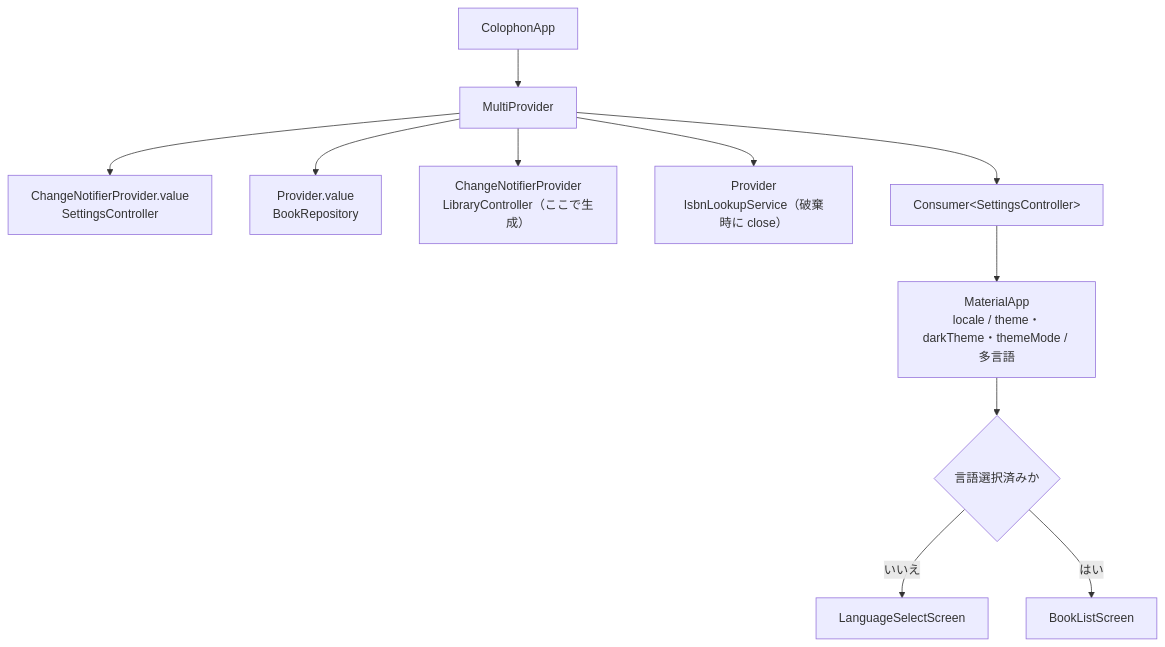
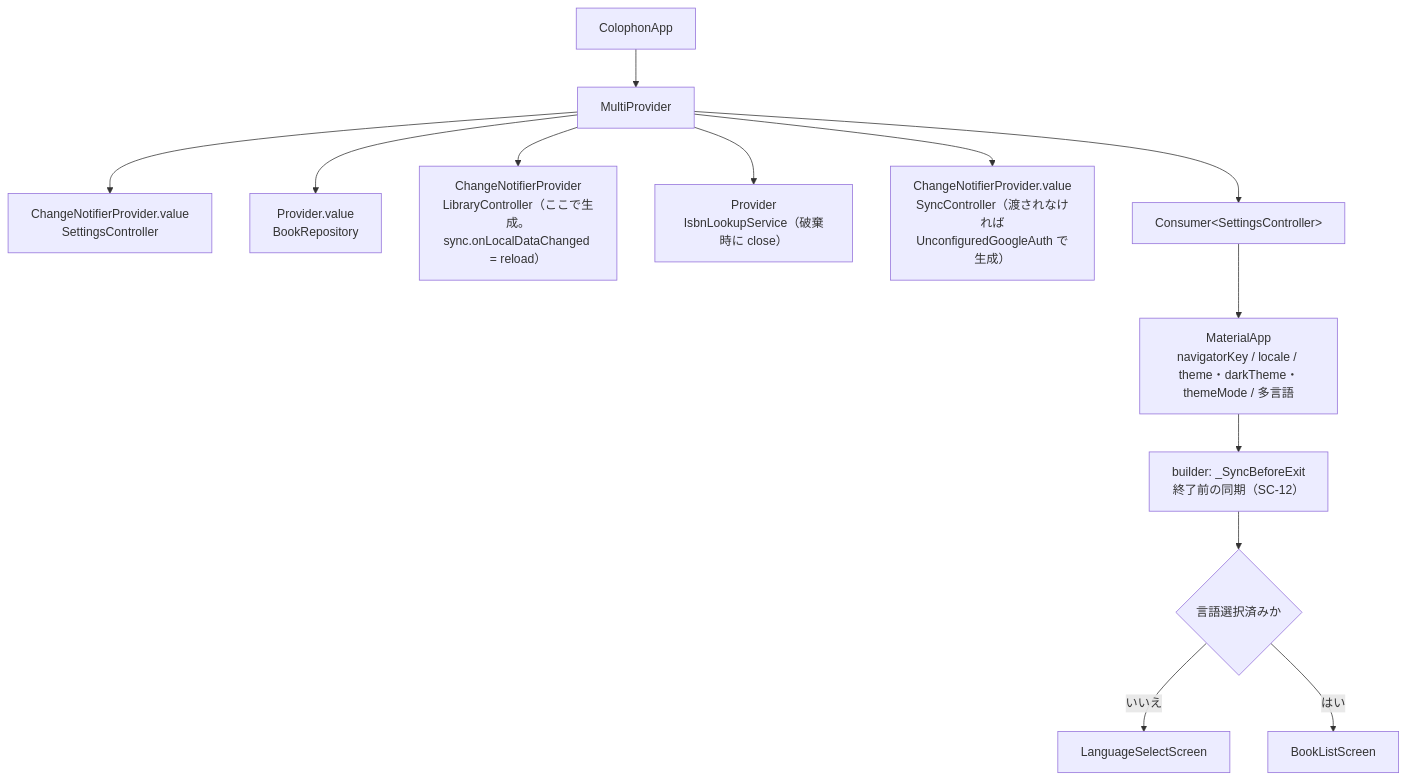
The fifth of 13 diagrams in docs/design/detail-design.ja.md (colophonbooks/colophon), drawn with Mermaid before and after one commit. The commit also changed other lines of this file and 7 other files, not shown here.

First line of the commit message:
Document Google Drive sync

````diff
--- a/docs/design/detail-design.ja.md
+++ b/docs/design/detail-design.ja.md
@@ -494,13 +562,15 @@
 ```mermaid
 flowchart TB
     app["ColophonApp"] --> mp["MultiProvider"]
     mp --> p1["ChangeNotifierProvider.value<br/>SettingsController"]
     mp --> p2["Provider.value<br/>BookRepository"]
-    mp --> p3["ChangeNotifierProvider<br/>LibraryController（ここで生成）"]
+    mp --> p3["ChangeNotifierProvider<br/>LibraryController（ここで生成。<br/>sync.onLocalDataChanged = reload）"]
     mp --> p4["Provider<br/>IsbnLookupService（破棄時に close）"]
+    mp --> p5["ChangeNotifierProvider.value<br/>SyncController（渡されなければ<br/>UnconfiguredGoogleAuth で生成）"]
     mp --> consumer["Consumer&lt;SettingsController&gt;"]
-    consumer --> material["MaterialApp<br/>locale / theme・darkTheme・themeMode / 多言語"]
-    material --> home{"言語選択済みか"}
+    consumer --> material["MaterialApp<br/>navigatorKey / locale / theme・darkTheme・themeMode / 多言語"]
+    material --> exit["builder: _SyncBeforeExit<br/>終了前の同期（SC-12）"]
+    exit --> home{"言語選択済みか"}
     home -- いいえ --> s1["LanguageSelectScreen"]
     home -- はい --> s2["BookListScreen"]
 ```
````
